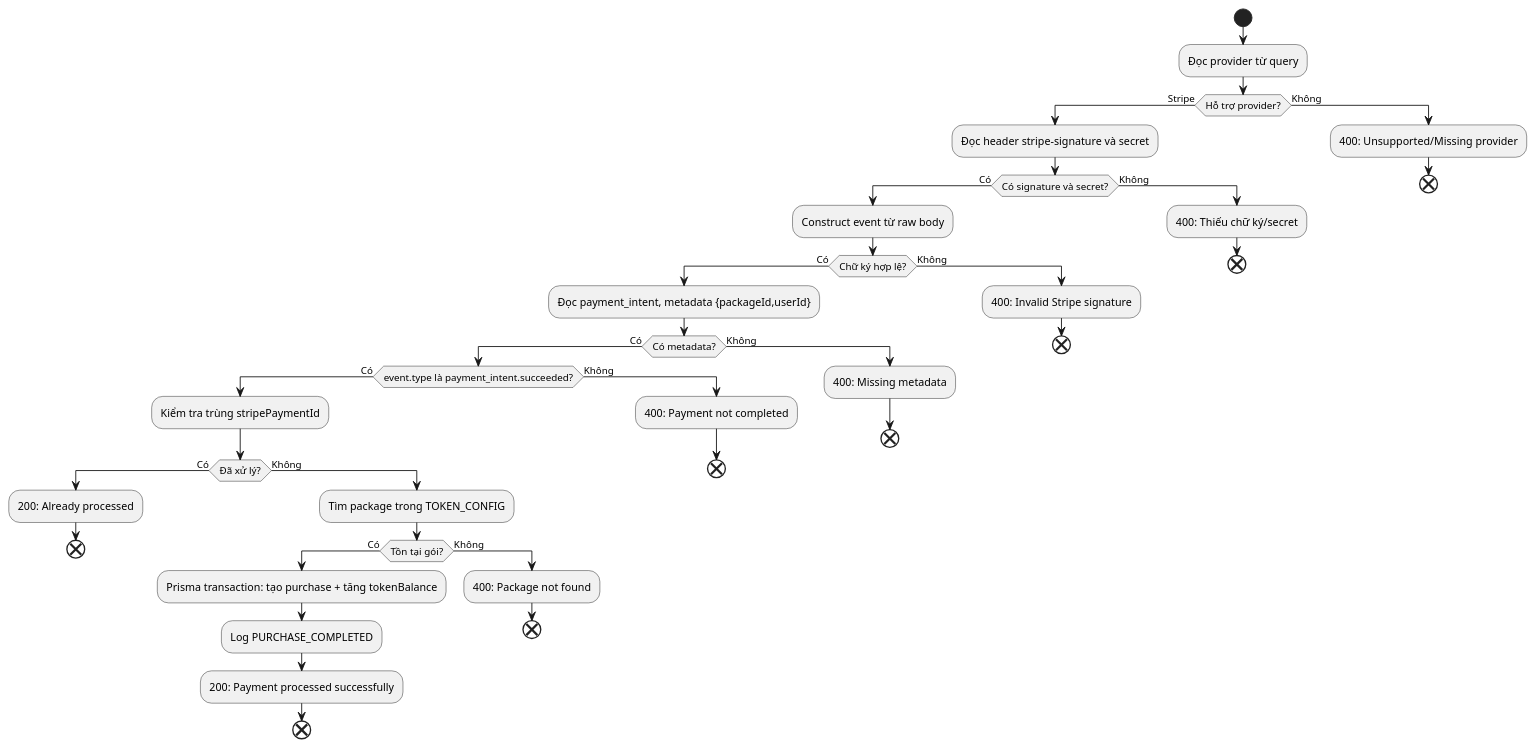
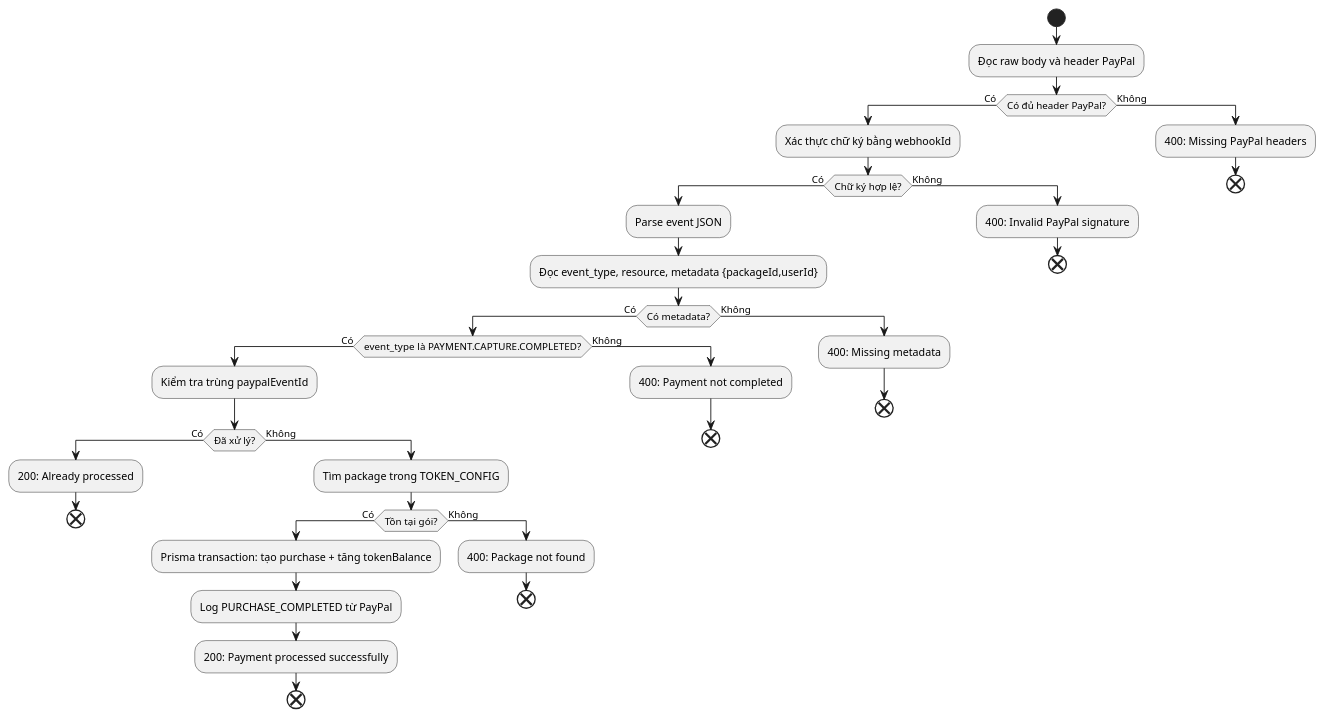
The diagram in docs/pttkht/diagrams/activity/Payment_Webhook.puml (NguyenQuangDao/tryonstylehub), drawn with PlantUML before and after one commit. The commit also changed 12 other files, not shown here.

```diff
--- a/docs/pttkht/diagrams/activity/Payment_Webhook.puml
+++ b/docs/pttkht/diagrams/activity/Payment_Webhook.puml
@@ -1,49 +1,44 @@
 @startuml
 skinparam linetype ortho
 start
-:Đọc provider từ query;
-if (Hỗ trợ provider?) then (Stripe)
-  :Đọc header stripe-signature và secret;
-  if (Có signature và secret?) then (Có)
-    :Construct event từ raw body;
-    if (Chữ ký hợp lệ?) then (Có)
-      :Đọc payment_intent, metadata {packageId,userId};
-      if (Có metadata?) then (Có)
-        if (event.type là payment_intent.succeeded?) then (Có)
-          :Kiểm tra trùng stripePaymentId;
-          if (Đã xử lý?) then (Có)
-            :200: Already processed;
+:Đọc raw body và header PayPal;
+if (Có đủ header PayPal?) then (Có)
+  :Xác thực chữ ký bằng webhookId;
+  if (Chữ ký hợp lệ?) then (Có)
+    :Parse event JSON;
+    :Đọc event_type, resource, metadata {packageId,userId};
+    if (Có metadata?) then (Có)
+      if (event_type là PAYMENT.CAPTURE.COMPLETED?) then (Có)
+        :Kiểm tra trùng paypalEventId;
+        if (Đã xử lý?) then (Có)
+          :200: Already processed;
+          end
+        else (Không)
+          :Tìm package trong TOKEN_CONFIG;
+          if (Tồn tại gói?) then (Có)
+            :Prisma transaction: tạo purchase + tăng tokenBalance;
+            :Log PURCHASE_COMPLETED từ PayPal;
+            :200: Payment processed successfully;
             end
           else (Không)
-            :Tìm package trong TOKEN_CONFIG;
-            if (Tồn tại gói?) then (Có)
-              :Prisma transaction: tạo purchase + tăng tokenBalance;
-              :Log PURCHASE_COMPLETED;
-              :200: Payment processed successfully;
-              end
-            else (Không)
-              :400: Package not found;
-              end
-            endif
+            :400: Package not found;
+            end
           endif
-        else (Không)
-          :400: Payment not completed;
-          end
         endif
       else (Không)
-        :400: Missing metadata;
+        :400: Payment not completed;
         end
       endif
     else (Không)
-      :400: Invalid Stripe signature;
+      :400: Missing metadata;
       end
     endif
   else (Không)
-    :400: Thiếu chữ ký/secret;
+    :400: Invalid PayPal signature;
     end
   endif
 else (Không)
-  :400: Unsupported/Missing provider;
+  :400: Missing PayPal headers;
   end
 endif
 @enduml
```
